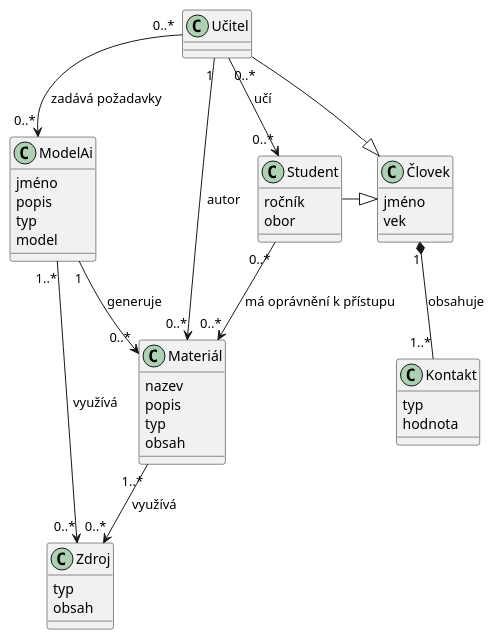
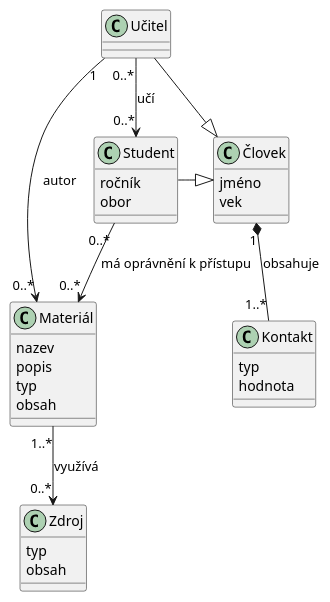
The diagram in uml domain model diagram.plantuml (SmartGourd/NSWI041), drawn with PlantUML before and after one commit. The commit also changed other lines of this file, not shown here.

Commit message:
Update uml domain model diagram.plantuml with modelAi removed

```diff
--- a/uml domain model diagram.plantuml
+++ b/uml domain model diagram.plantuml
@@ -1,52 +1,46 @@
 @startuml
 
 class Človek {
   jméno
   vek
 }
 
 class Kontakt {
   typ
   hodnota
 }
 
 class Učitel {
 }
 
 class Student {
     ročník
     obor
 }
-class ModelAi {
-  jméno
-  popis
-  typ
-  model
-}
+
 
 class Materiál {
   nazev
   popis
   typ
   obsah
 }
 
 class Zdroj {
   typ
   obsah
 }
 
 Učitel -r-|> Človek
 Student -r-|> Človek
 Človek "1" *-- "1..*" Kontakt: obsahuje
 
 
 Učitel "1" --> "0..*" Materiál : autor
 Učitel "0..*" --> "0..*" Student : učí
 Student "0..*" --> "0..*" Materiál: má oprávnění k přístupu
-Učitel "0..*" --> "0..*" ModelAi : zadává požadavky
 
-ModelAi "1"  --> "0..*" Materiál : generuje
+
 Materiál "1..*" --> "0..*" Zdroj : využívá
-ModelAi "1..*" --> "0..*" Zdroj : využívá
+
 @enduml
```
